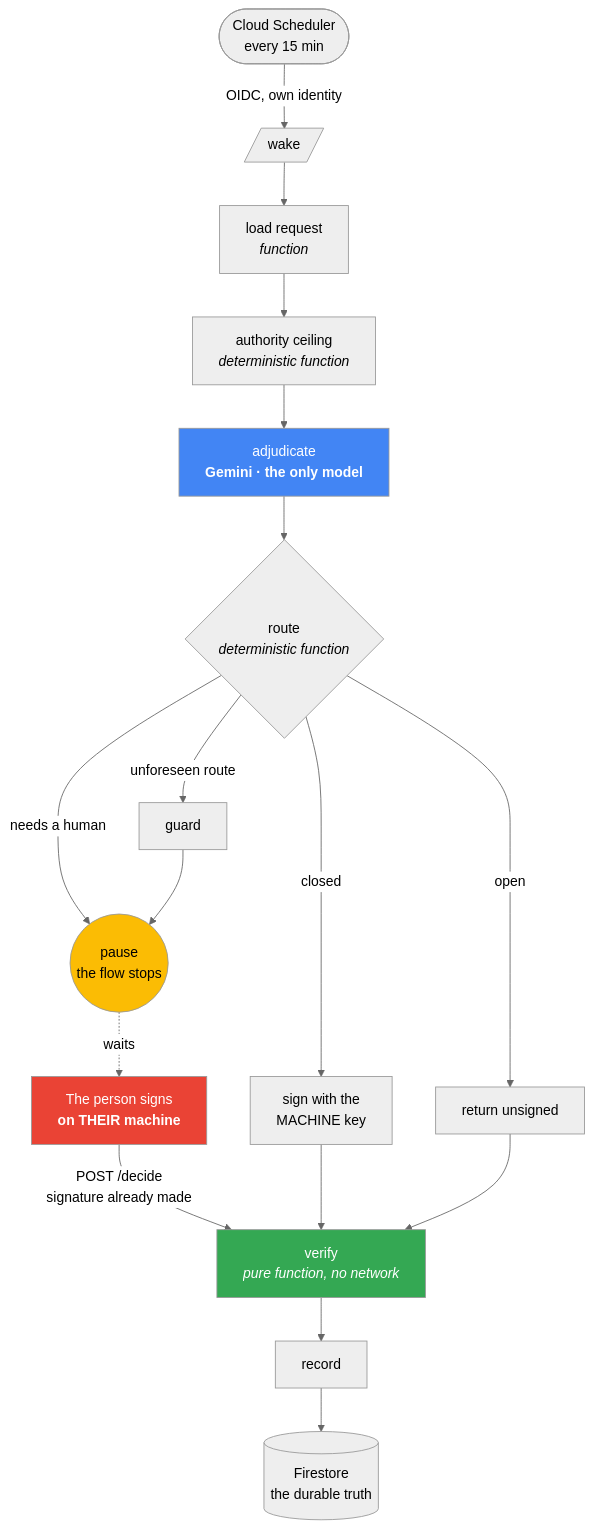
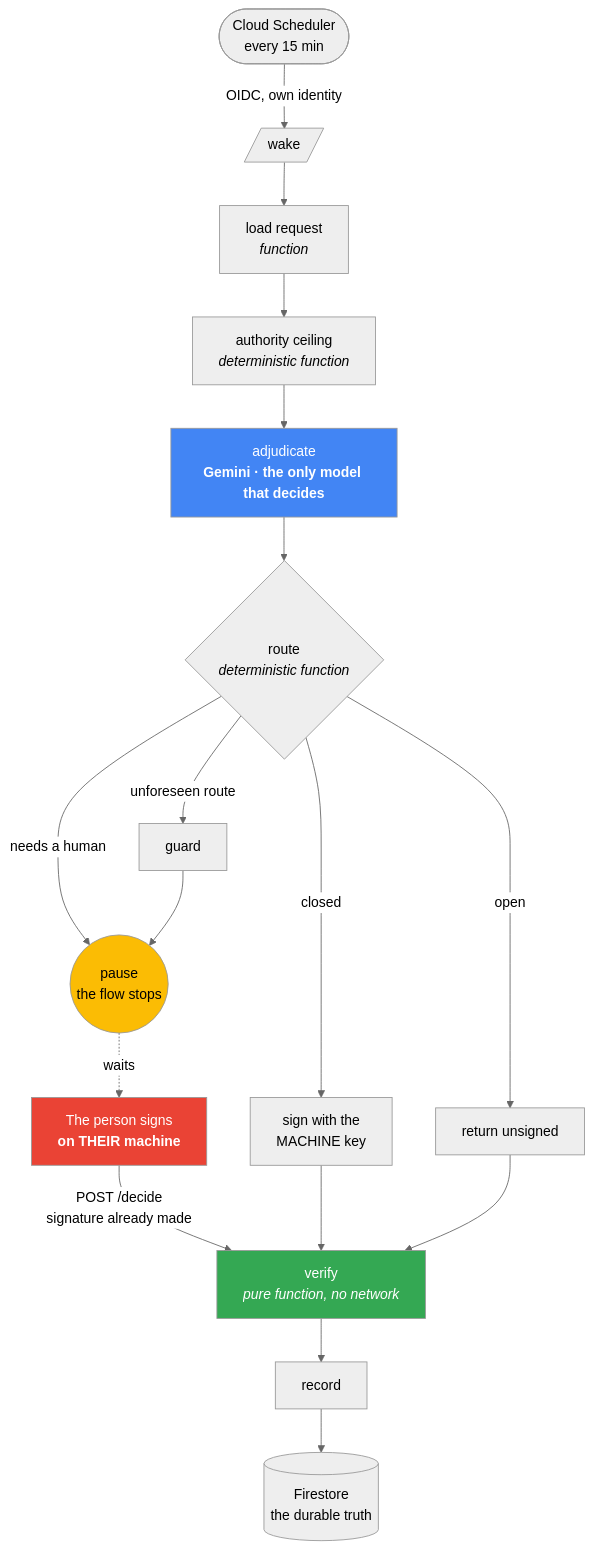
Before and after one commit to soyharso/agent-identity-firma: the diagram in README.en.md, drawn with Mermaid (neutral theme). The commit also changed other lines of this file and 6 other files, not shown here.

````diff
--- a/README.en.md
+++ b/README.en.md
@@ -22,23 +22,23 @@
 ```mermaid
 flowchart TD
     T([Cloud Scheduler<br/>every 15 min]) -->|OIDC, own identity| D[/wake/]
     D --> C[load request<br/><i>function</i>]
     C --> TE[authority ceiling<br/><i>deterministic function</i>]
-    TE --> G[adjudicate<br/><b>Gemini · the only model</b>]
+    TE --> G[adjudicate<br/><b>Gemini · the only model that decides</b>]
     G --> R{route<br/><i>deterministic function</i>}
     R -->|closed| FM[sign with the<br/>MACHINE key]
     R -->|needs a human| P((pause<br/>the flow stops))
     R -->|open| DV[return unsigned]
     R -->|unforeseen route| GU[guard] --> P
     P -.waits.-> H[The person signs<br/><b>on THEIR machine</b>]
     H -->|POST /decide<br/>signature already made| V
     FM --> V[verify<br/><i>pure function, no network</i>]
     DV --> V
     V --> RG[record]
     RG --> FS[(Firestore<br/>the durable truth)]
 
     style G fill:#4285f4,color:#fff
     style P fill:#fbbc04,color:#000
     style V fill:#34a853,color:#fff
     style H fill:#ea4335,color:#fff
 ```
````
